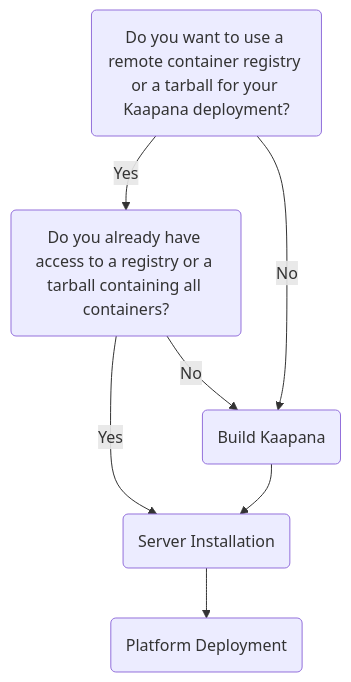
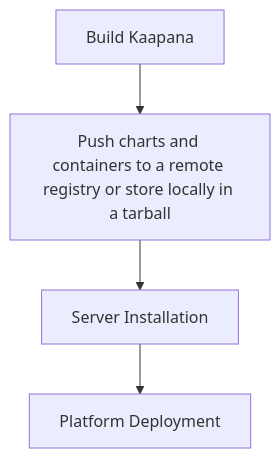
The diagram in docs/source/installation_guide/introduction.rst (kaapana/kaapana), drawn with Mermaid before and after one commit. The commit also changed 1 other file, not shown here.

Commit message:
Intro adjustments

```diff
--- a/docs/source/installation_guide/introduction.rst
+++ b/docs/source/installation_guide/introduction.rst
@@ -12,11 +12,4 @@
 .. mermaid::
 
     flowchart TB
-        a1(Do you want to use a remote container registry or a tarball for your Kaapana deployment?)
-        a1-->|Yes| a2(Do you already have access to a registry or a tarball containing all containers?)
-        a1-->|No| b1
-        a2-->|Yes| c1
-        a2-->|No| b1
-        b1(Build Kaapana) --> c1
-        c1(Server Installation) --> c2
-        c2(Platform Deployment)
+        a1["Build Kaapana"]-->a2["Push charts and containers to a remote registry or store locally in a tarball"]-->a3["Server Installation"]-->a4["Platform Deployment"]
```
